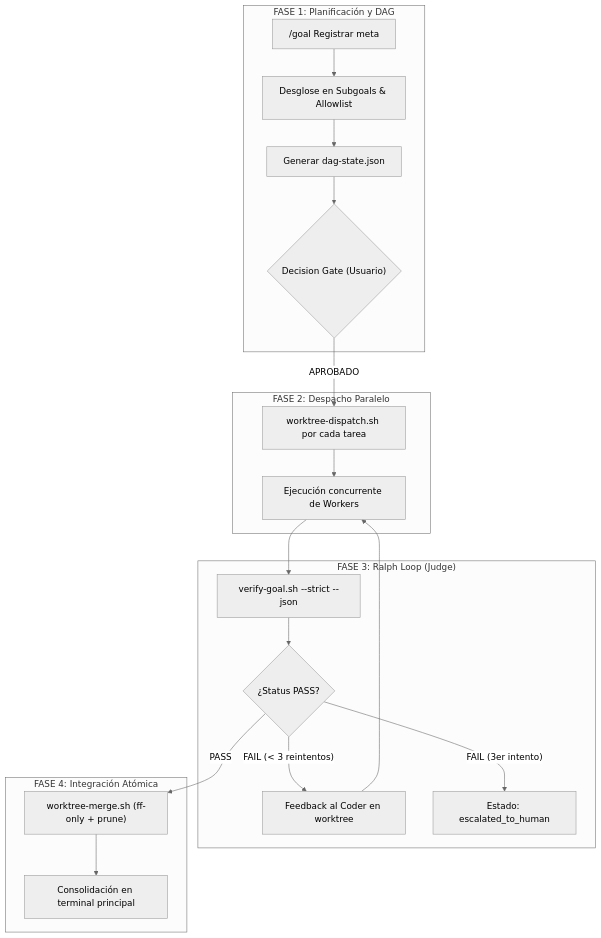
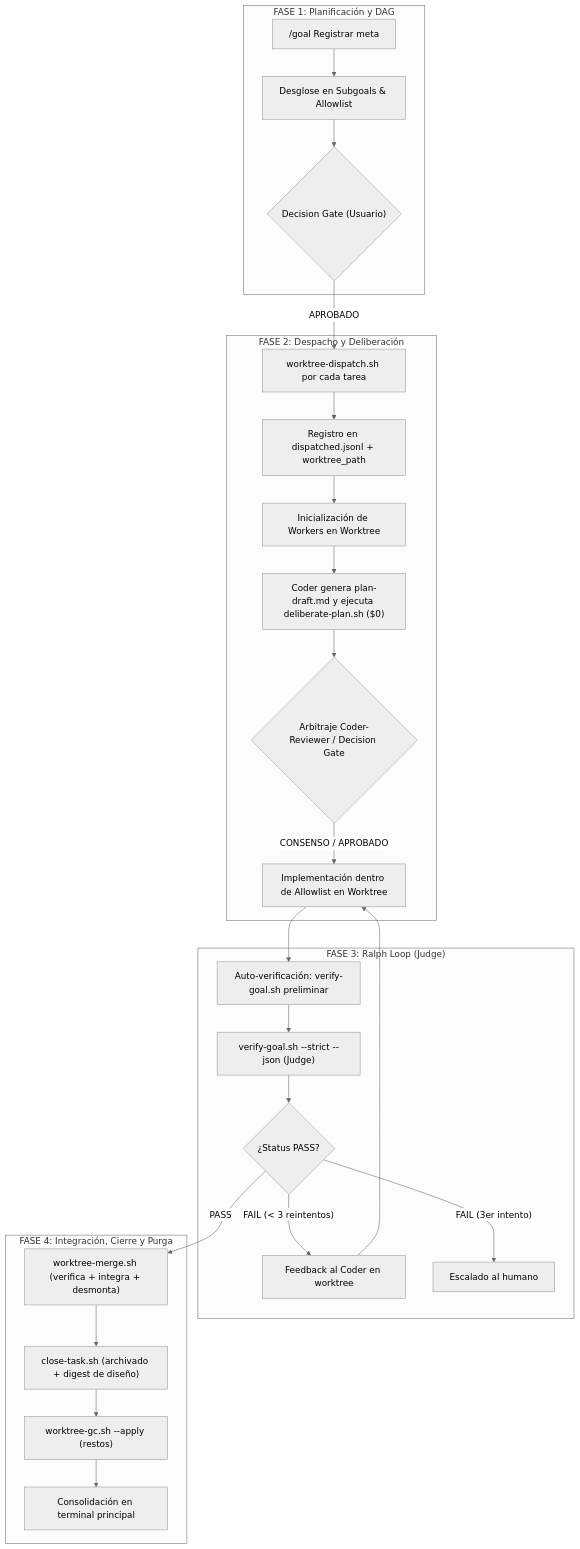
The diagram in .agents/workflows/parallel-orchestration.md (romensuarezr/kanarii), drawn with Mermaid (neutral theme) before and after one commit. The commit also changed other lines of this file and 67 other files, not shown here.

````diff
--- a/.agents/workflows/parallel-orchestration.md
+++ b/.agents/workflows/parallel-orchestration.md
@@ -41,26 +62,32 @@
 ```mermaid
 flowchart TD
     subgraph F1["FASE 1: Planificación y DAG"]
         G["/goal Registrar meta"] --> D["Desglose en Subgoals & Allowlist"]
-        D --> P["Generar dag-state.json"]
-        P --> DecisionGate{"Decision Gate (Usuario)"}
+        D --> DecisionGate{"Decision Gate (Usuario)"}
     end
 
-    subgraph F2["FASE 2: Despacho Paralelo"]
+    subgraph F2["FASE 2: Despacho y Deliberación"]
         DecisionGate -- APROBADO --> Dispatch["worktree-dispatch.sh por cada tarea"]
-        Dispatch --> SpawnWorkers["Ejecución concurrente de Workers"]
+        Dispatch --> Record["Registro en dispatched.jsonl + worktree_path"]
+        Record --> SpawnWorkers["Inicialización de Workers en Worktree"]
+        SpawnWorkers --> Delib["Coder genera plan-draft.md y ejecuta deliberate-plan.sh ($0)"]
+        Delib --> DelibGate{"Arbitraje Coder-Reviewer / Decision Gate"}
+        DelibGate -- CONSENSO / APROBADO --> WorkerExec["Implementación dentro de Allowlist en Worktree"]
     end
 
     subgraph F3["FASE 3: Ralph Loop (Judge)"]
-        SpawnWorkers --> GateJudge["verify-goal.sh --strict --json"]
+        WorkerExec --> PreCheck["Auto-verificación: verify-goal.sh preliminar"]
+        PreCheck --> GateJudge["verify-goal.sh --strict --json (Judge)"]
         GateJudge --> JudgeVerdict{"¿Status PASS?"}
         JudgeVerdict -- FAIL (< 3 reintentos) --> Retry["Feedback al Coder en worktree"]
-        Retry --> SpawnWorkers
-        JudgeVerdict -- FAIL (3er intento) --> HumanEscalate["Estado: escalated_to_human"]
+        Retry --> WorkerExec
+        JudgeVerdict -- FAIL (3er intento) --> HumanEscalate["Escalado al humano"]
     end
 
-    subgraph F4["FASE 4: Integración Atómica"]
-        JudgeVerdict -- PASS --> Merge["worktree-merge.sh (ff-only + prune)"]
-        Merge --> Digest["Consolidación en terminal principal"]
+    subgraph F4["FASE 4: Integración, Cierre y Purga"]
+        JudgeVerdict -- PASS --> Merge["worktree-merge.sh (verifica + integra + desmonta)"]
+        Merge --> Close["close-task.sh (archivado + digest de diseño)"]
+        Close --> GCD["worktree-gc.sh --apply (restos)"]
+        GCD --> Digest["Consolidación en terminal principal"]
     end
 ```
````
